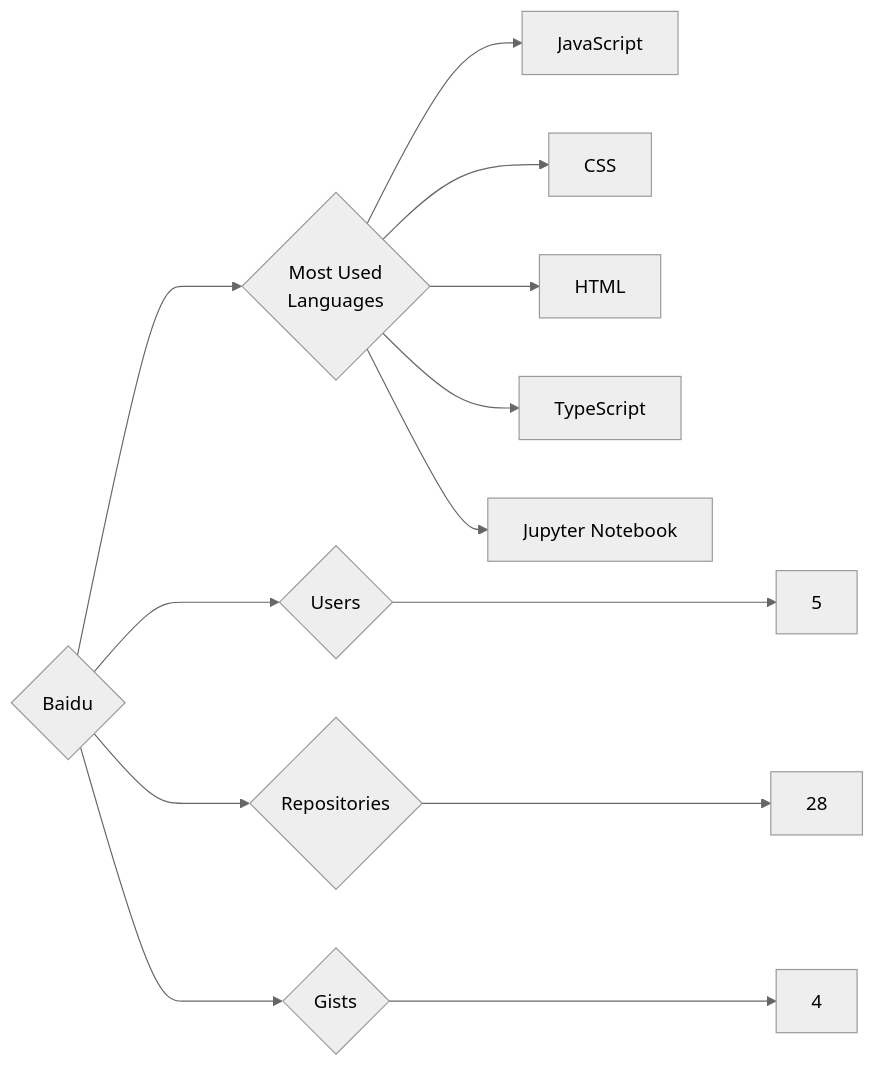
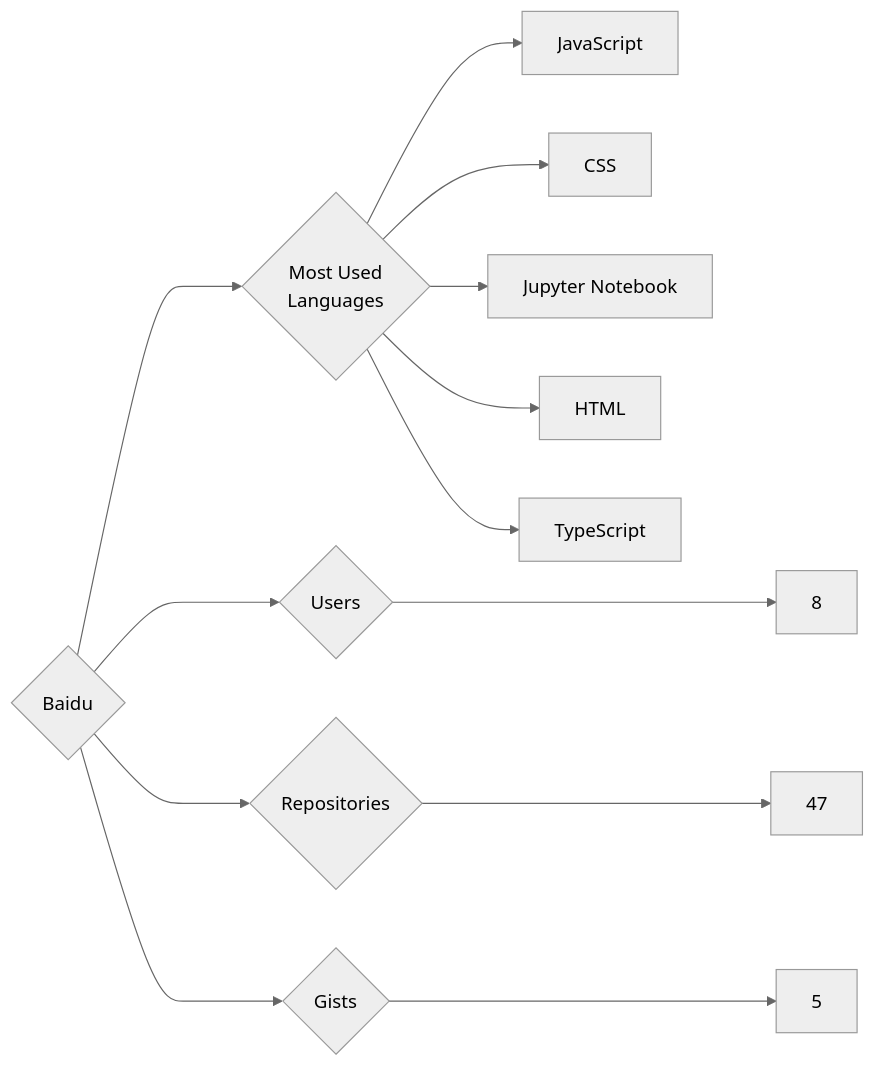
Before and after one commit to trickest/insiders: the diagram in targets/Baidu/README.md, drawn with Mermaid (neutral theme). The commit also changed 988 other files, not shown here.

````diff
--- a/targets/Baidu/README.md
+++ b/targets/Baidu/README.md
@@ -3,13 +3,13 @@
 ```mermaid
 graph LR
 COMPANY_NAME{Baidu}
-COMPANY_NAME ---> U{Users} ---> UN[5]
-COMPANY_NAME ---> R{Repositories} ---> RN[28]
-COMPANY_NAME ---> G{Gists} ---> GN[4]
+COMPANY_NAME ---> U{Users} ---> UN[8]
+COMPANY_NAME ---> R{Repositories} ---> RN[47]
+COMPANY_NAME ---> G{Gists} ---> GN[5]
 COMPANY_NAME ---> ML{Most Used<br>Languages}
 ML --> JavaScript[JavaScript]
 ML --> CSS[CSS]
+ML --> Jupyter_Notebook[Jupyter Notebook]
 ML --> HTML[HTML]
 ML --> TypeScript[TypeScript]
-ML --> Jupyter_Notebook[Jupyter Notebook]
 ```
````
